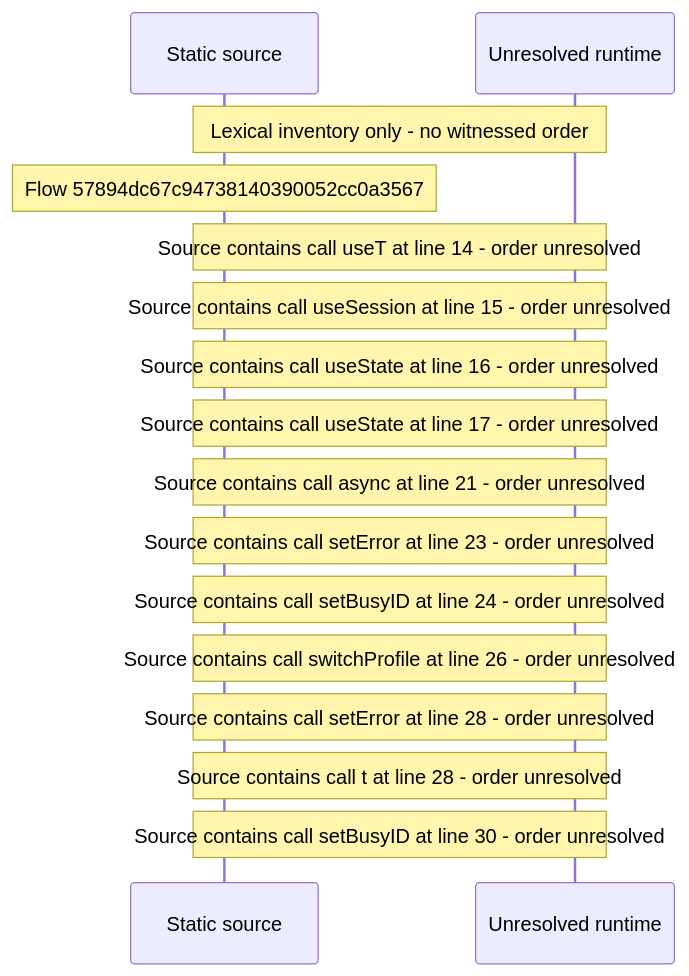
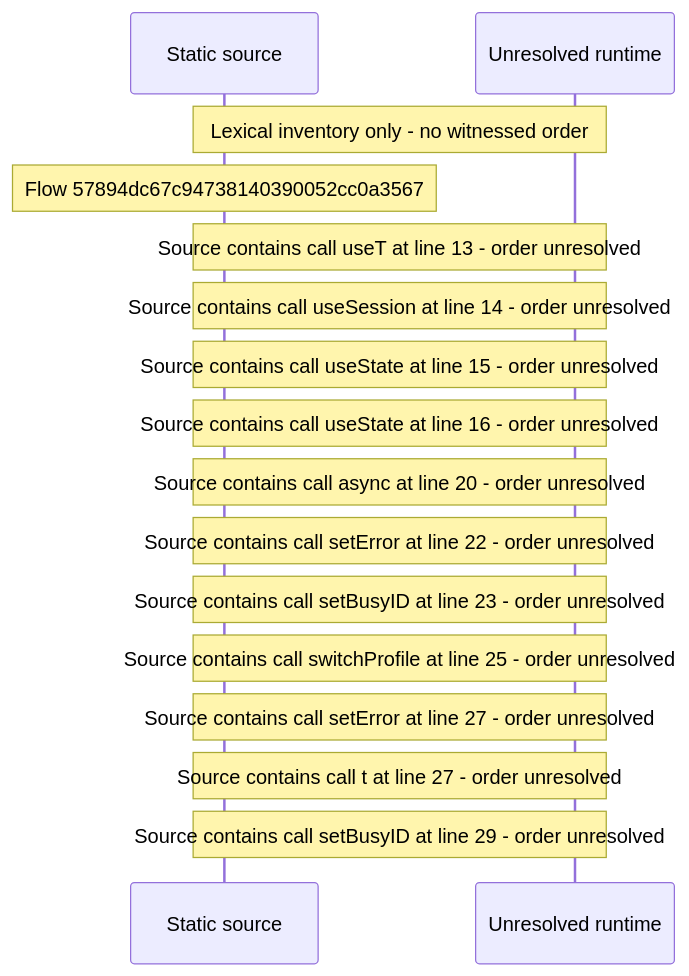
One commit to beamfall/core changed the diagram in docs/web/flows/generated/57894dc67c94738140390052cc0a3567/flow-diagram.md. Above: the diagram before and after it, drawn with Mermaid. The commit also changed other lines of this file and 715 other files, not shown here.

First line of the commit message:
Regenerate the web flow record on main after CORE-1117

````diff
--- a/docs/web/flows/generated/57894dc67c94738140390052cc0a3567/flow-diagram.md
+++ b/docs/web/flows/generated/57894dc67c94738140390052cc0a3567/flow-diagram.md
@@ -10,18 +10,18 @@
 ```mermaid
 sequenceDiagram
     participant S as Static source
     participant U as Unresolved runtime
     Note over S,U: Lexical inventory only - no witnessed order
     Note over S: Flow 57894dc67c94738140390052cc0a3567
-    Note over S,U: Source contains call useT at line 14 - order unresolved
-    Note over S,U: Source contains call useSession at line 15 - order unresolved
+    Note over S,U: Source contains call useT at line 13 - order unresolved
+    Note over S,U: Source contains call useSession at line 14 - order unresolved
+    Note over S,U: Source contains call useState at line 15 - order unresolved
     Note over S,U: Source contains call useState at line 16 - order unresolved
-    Note over S,U: Source contains call useState at line 17 - order unresolved
-    Note over S,U: Source contains call async at line 21 - order unresolved
-    Note over S,U: Source contains call setError at line 23 - order unresolved
-    Note over S,U: Source contains call setBusyID at line 24 - order unresolved
-    Note over S,U: Source contains call switchProfile at line 26 - order unresolved
-    Note over S,U: Source contains call setError at line 28 - order unresolved
-    Note over S,U: Source contains call t at line 28 - order unresolved
-    Note over S,U: Source contains call setBusyID at line 30 - order unresolved
+    Note over S,U: Source contains call async at line 20 - order unresolved
+    Note over S,U: Source contains call setError at line 22 - order unresolved
+    Note over S,U: Source contains call setBusyID at line 23 - order unresolved
+    Note over S,U: Source contains call switchProfile at line 25 - order unresolved
+    Note over S,U: Source contains call setError at line 27 - order unresolved
+    Note over S,U: Source contains call t at line 27 - order unresolved
+    Note over S,U: Source contains call setBusyID at line 29 - order unresolved
 ```
````
